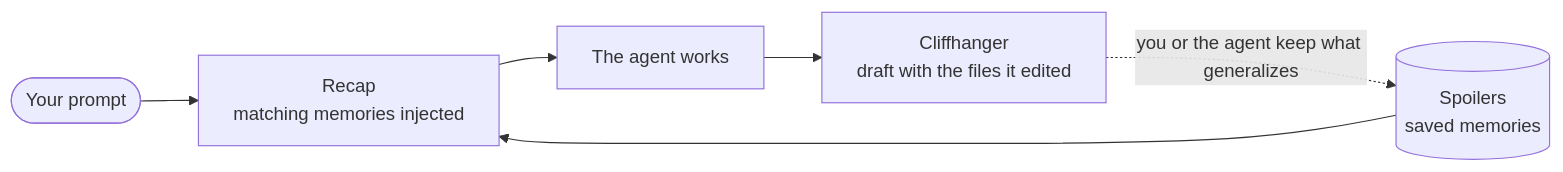
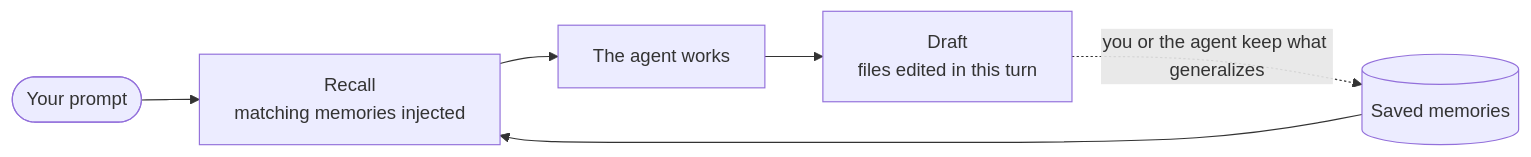
Before and after one commit to tosto92/punk-records: the diagram in README.md, drawn with Mermaid. The commit also changed other lines of this file and 50 other files, not shown here.

````diff
--- a/README.md
+++ b/README.md
@@ -18,8 +18,8 @@
 ```mermaid
 flowchart LR
-  P([Your prompt]) --> R[Recap<br/>matching memories injected]
+  P([Your prompt]) --> R[Recall<br/>matching memories injected]
   R --> T[The agent works]
-  T --> C[Cliffhanger<br/>draft with the files it edited]
-  C -. you or the agent keep what generalizes .-> S[(Spoilers<br/>saved memories)]
+  T --> C[Draft<br/>files edited in this turn]
+  C -. you or the agent keep what generalizes .-> S[(Saved memories)]
   S --> R
 ```
````
